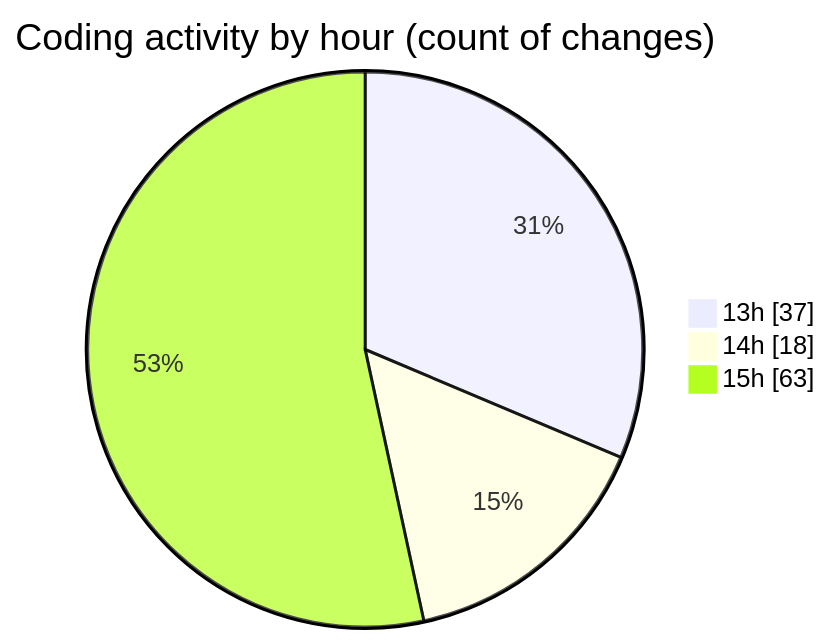
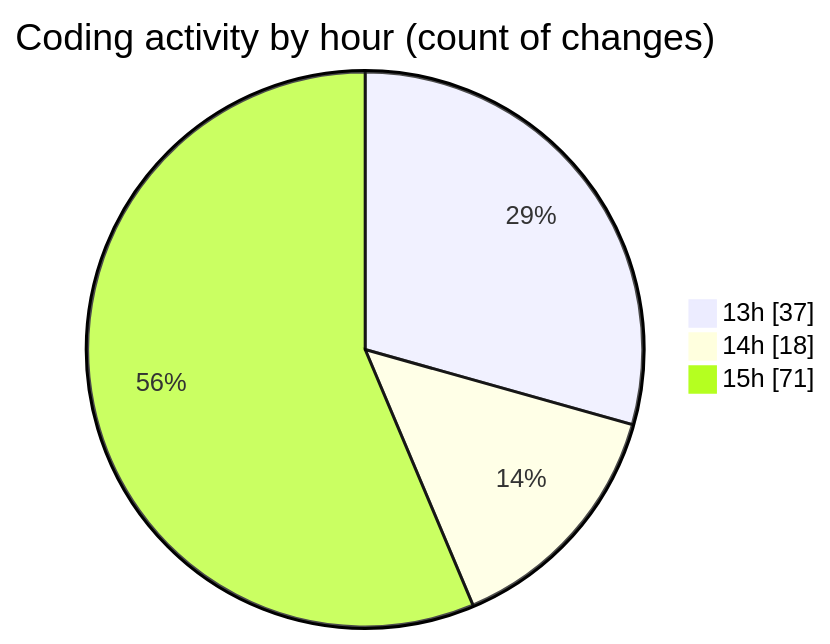
Before and after one commit to Unknowalive/code-tracking: the second of 2 diagrams in 2026-04-11/scripting_workshop/README.md, drawn with Mermaid. The commit also changed other lines of this file and 1 other file, not shown here.

````diff
--- a/2026-04-11/scripting_workshop/README.md
+++ b/2026-04-11/scripting_workshop/README.md
@@ -64,7 +64,7 @@
 ```mermaid
 pie showData
 title Coding activity by hour (count of changes)
 "13h" : 37
 "14h" : 18
-"15h" : 63
+"15h" : 71
 ```
````
